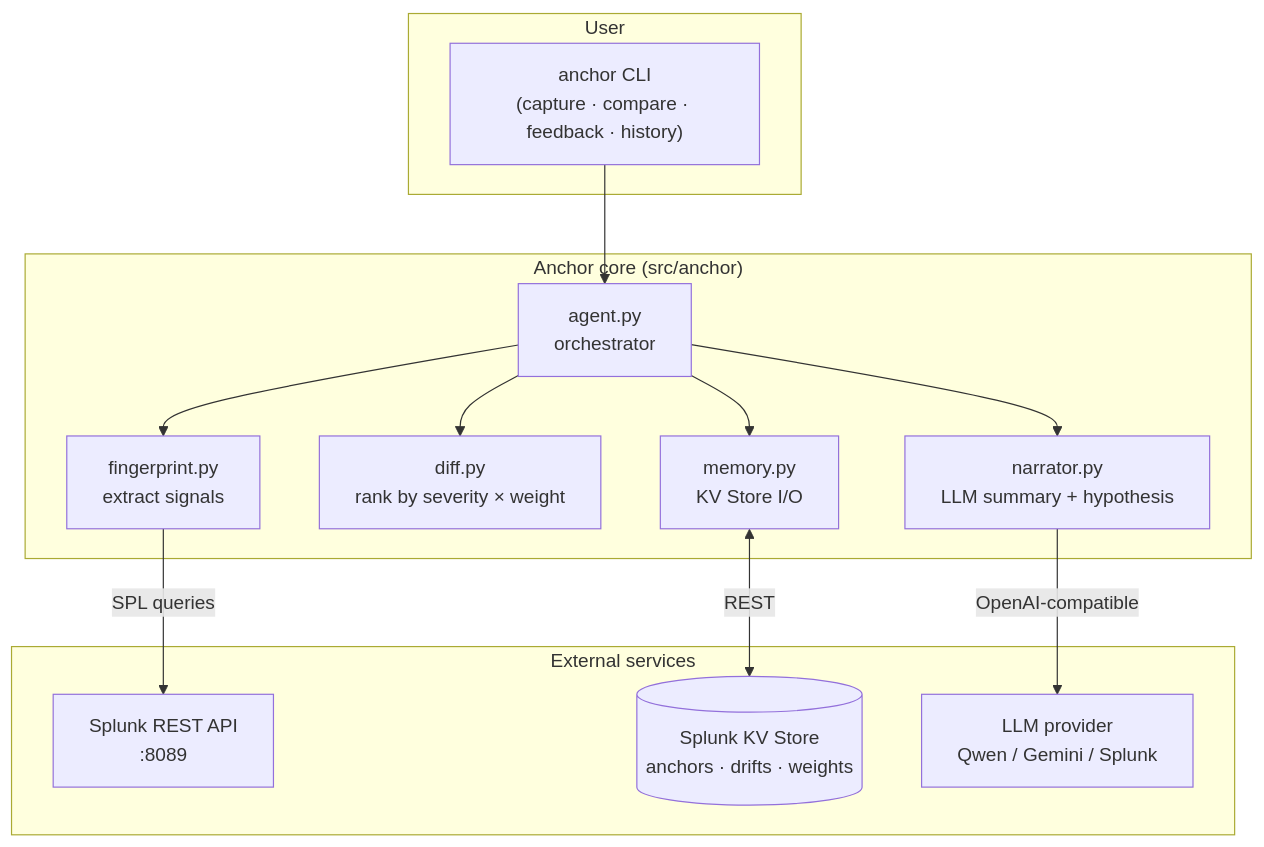
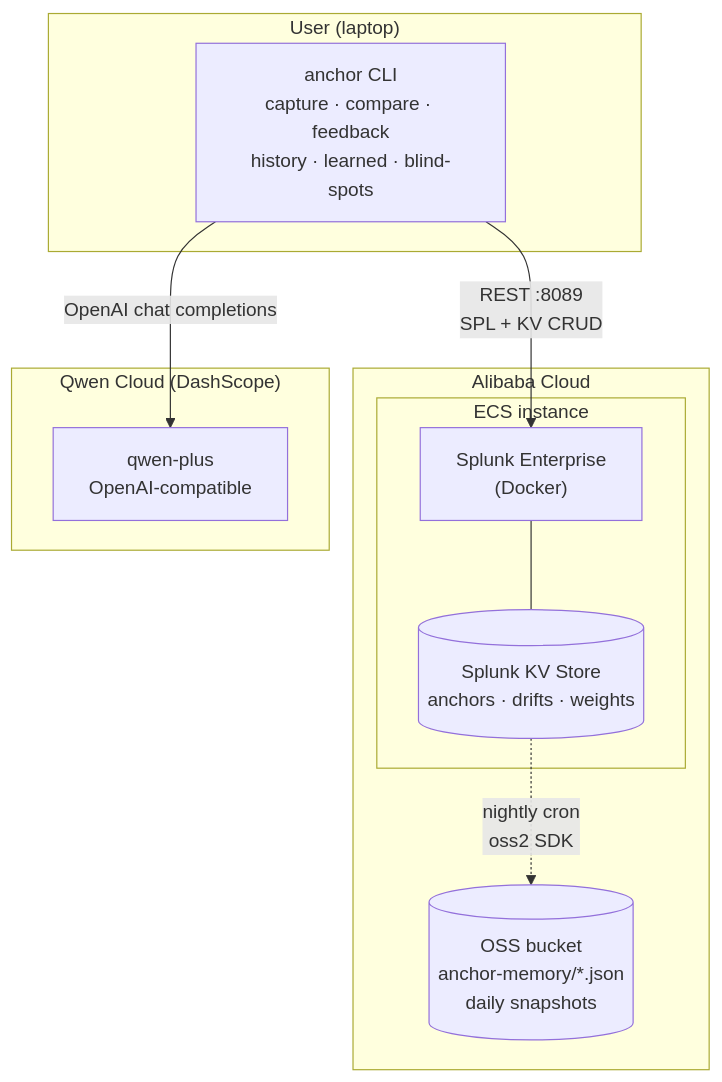
The first of 2 diagrams in README.md (faketut/Anchor), drawn with Mermaid before and after one commit. The commit also changed other lines of this file and 23 other files, not shown here.

````diff
--- a/README.md
+++ b/README.md
@@ -35,30 +47,23 @@
 ```mermaid
 flowchart TB
-    subgraph User["User"]
-        CLI["anchor CLI<br/>(capture · compare · feedback · history)"]
+    subgraph Laptop["User (laptop)"]
+        CLI["anchor CLI<br/>capture · compare · feedback<br/>history · learned · blind-spots"]
     end
 
-    subgraph Core["Anchor core (src/anchor)"]
-        Agent["agent.py<br/>orchestrator"]
-        FP["fingerprint.py<br/>extract signals"]
-        Diff["diff.py<br/>rank by severity × weight"]
-        Narr["narrator.py<br/>LLM summary + hypothesis"]
-        Mem["memory.py<br/>KV Store I/O"]
+    subgraph Alibaba["Alibaba Cloud"]
+        subgraph ECS["ECS instance"]
+            Splunk["Splunk Enterprise<br/>(Docker)"]
+            KV[("Splunk KV Store<br/>anchors · drifts · weights")]
+            Splunk --- KV
+        end
+        OSS[("OSS bucket<br/>anchor-memory/*.json<br/>daily snapshots")]
     end
 
-    subgraph External["External services"]
-        SplunkAPI["Splunk REST API<br/>:8089"]
-        KV[("Splunk KV Store<br/>anchors · drifts · weights")]
-        LLM["LLM provider<br/>Qwen / Gemini / Splunk"]
+    subgraph Qwen["Qwen Cloud (DashScope)"]
+        QwenModel["qwen-plus<br/>OpenAI-compatible"]
     end
 
-    CLI --> Agent
-    Agent --> FP
-    Agent --> Diff
-    Agent --> Narr
-    Agent --> Mem
-
-    FP -->|SPL queries| SplunkAPI
-    Mem <-->|REST| KV
-    Narr -->|OpenAI-compatible| LLM
+    CLI -->|REST :8089<br/>SPL + KV CRUD| Splunk
+    KV -.->|nightly cron<br/>oss2 SDK| OSS
+    CLI -->|OpenAI chat completions| QwenModel
 ```
````
